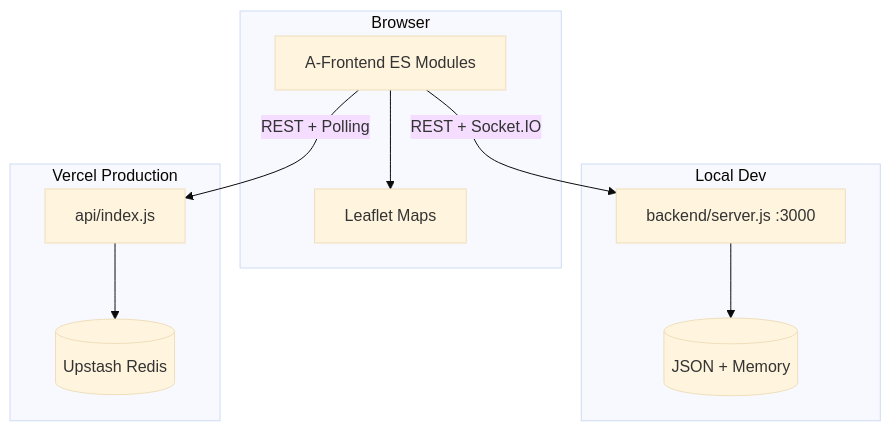
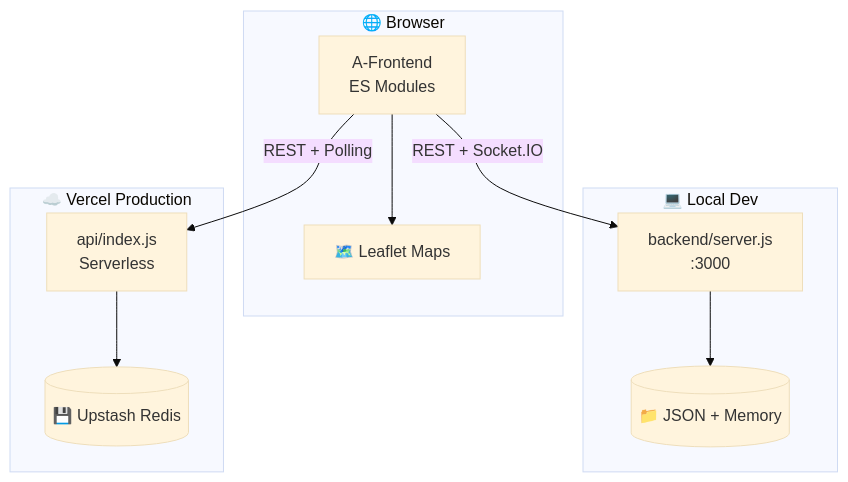
Before and after one commit to Omcodesk/RouteSync: the diagram in README.md, drawn with Mermaid (base theme). The commit also changed other lines of this file, not shown here.

````diff
--- a/README.md
+++ b/README.md
@@ -76,18 +183,18 @@
 ```mermaid
 flowchart TB
-  subgraph client [Browser]
-    UI[A-Frontend ES Modules]
-    Maps[Leaflet Maps]
+  subgraph client ["🌐 Browser"]
+    UI["A-Frontend<br/>ES Modules"]
+    Maps["🗺️ Leaflet Maps"]
     UI --> Maps
   end
 
-  subgraph local [Local Dev]
-  UI -->|REST + Socket.IO| Express[backend/server.js :3000]
-  Express --> Files[(JSON + Memory)]
+  subgraph local ["💻 Local Dev"]
+    UI -->|"REST + Socket.IO"| Express["backend/server.js<br/>:3000"]
+    Express --> Files[("📁 JSON + Memory")]
   end
 
-  subgraph vercel [Vercel Production]
-  UI -->|REST + Polling| API[api/index.js]
-  API --> Redis[(Upstash Redis)]
+  subgraph vercel ["☁️ Vercel Production"]
+    UI -->|"REST + Polling"| API["api/index.js<br/>Serverless"]
+    API --> Redis[("💾 Upstash Redis")]
   end
 ```
````
